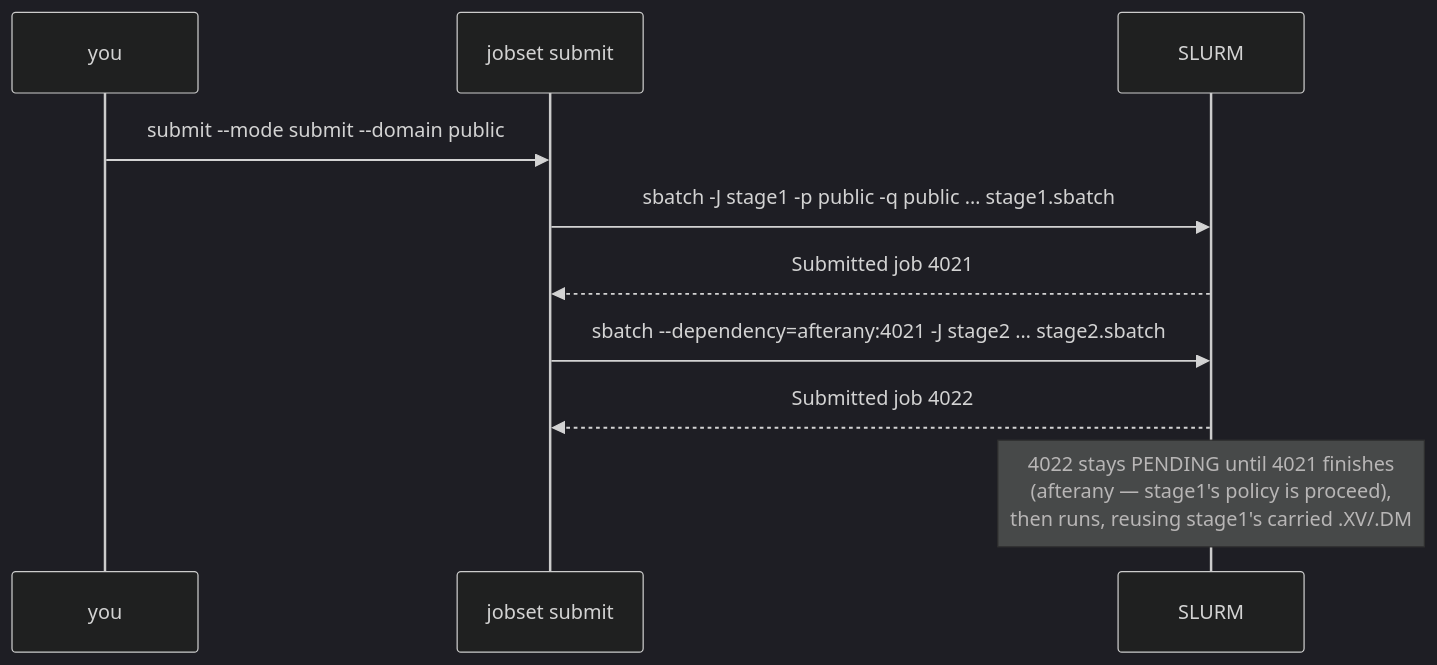
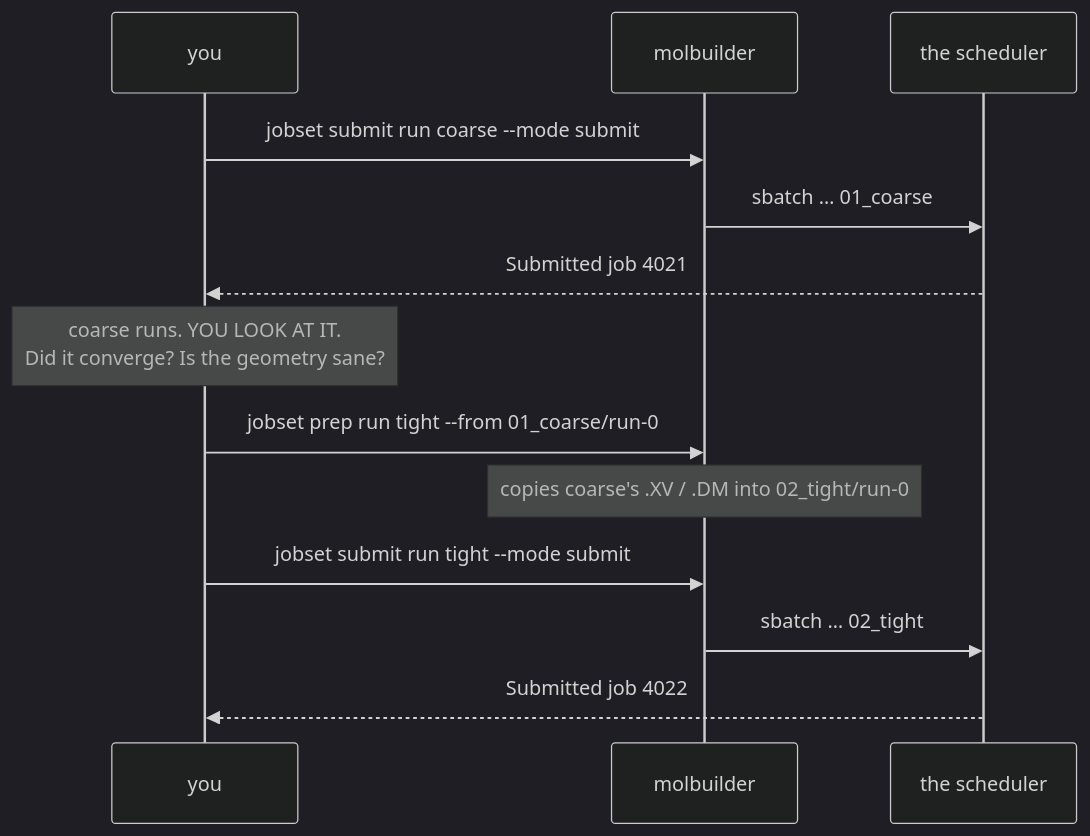
One commit to Qing-LAB/molbuilder changed the eighth of 9 diagrams in docs/execution/job-system.md. Above: the diagram before and after it, drawn with Mermaid (dark theme). The commit also changed other lines of this file and 6 other files, not shown here.

````diff
--- a/docs/execution/job-system.md
+++ b/docs/execution/job-system.md
@@ -963,12 +977,15 @@
 ```mermaid
 sequenceDiagram
     participant U as you
-    participant J as jobset submit
-    participant S as SLURM
-    U->>J: submit --mode submit --domain public
-    J->>S: sbatch -J stage1 -p public -q public … stage1.sbatch
-    S-->>J: Submitted job 4021
-    J->>S: sbatch --dependency=afterany:4021 -J stage2 … stage2.sbatch
-    S-->>J: Submitted job 4022
-    Note over S: 4022 stays PENDING until 4021 finishes<br/>(afterany — stage1's policy is proceed),<br/>then runs, reusing stage1's carried .XV/.DM
+    participant M as molbuilder
+    participant S as the scheduler
+    U->>M: jobset submit run coarse --mode submit
+    M->>S: sbatch … 01_coarse
+    S-->>U: Submitted job 4021
+    Note over U: coarse runs. YOU LOOK AT IT.<br/>Did it converge? Is the geometry sane?
+    U->>M: jobset prep run tight --from 01_coarse/run-0
+    Note over M: copies coarse's .XV / .DM into 02_tight/run-0
+    U->>M: jobset submit run tight --mode submit
+    M->>S: sbatch … 02_tight
+    S-->>U: Submitted job 4022
 ```
````
